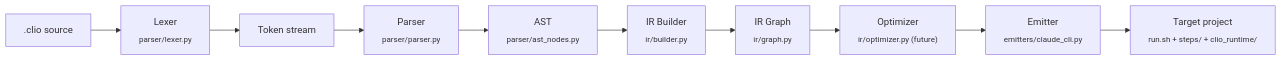
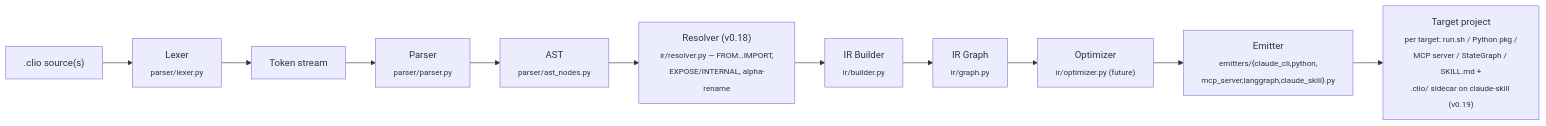
The first of 3 diagrams in docs/ARCHITECTURE.md (Sandjab/clio), drawn with Mermaid before and after one commit. The commit also changed other lines of this file and 9 other files, not shown here.

First line of the commit message:
docs: align all docs with v0.19.0 (5 emitters, clio import, .clio sidecar) (#69)

````diff
--- a/docs/ARCHITECTURE.md
+++ b/docs/ARCHITECTURE.md
@@ -5,12 +5,13 @@
 ```mermaid
 flowchart LR
-    src[".clio source"] --> lex["Lexer<br/><sub>parser/lexer.py</sub>"]
+    src[".clio source(s)"] --> lex["Lexer<br/><sub>parser/lexer.py</sub>"]
     lex --> tok["Token stream"]
     tok --> psr["Parser<br/><sub>parser/parser.py</sub>"]
     psr --> ast["AST<br/><sub>parser/ast_nodes.py</sub>"]
-    ast --> bld["IR Builder<br/><sub>ir/builder.py</sub>"]
+    ast --> rsv["Resolver (v0.18)<br/><sub>ir/resolver.py — FROM…IMPORT,<br/>EXPOSE/INTERNAL, alpha-rename</sub>"]
+    rsv --> bld["IR Builder<br/><sub>ir/builder.py</sub>"]
     bld --> ir["IR Graph<br/><sub>ir/graph.py</sub>"]
     ir --> opt["Optimizer<br/><sub>ir/optimizer.py (future)</sub>"]
-    opt --> emt["Emitter<br/><sub>emitters/claude_cli.py</sub>"]
-    emt --> out["Target project<br/><sub>run.sh + steps/ + clio_runtime/</sub>"]
+    opt --> emt["Emitter<br/><sub>emitters/{claude_cli,python,<br/>mcp_server,langgraph,claude_skill}.py</sub>"]
+    emt --> out["Target project<br/><sub>per target: run.sh / Python pkg /<br/>MCP server / StateGraph / SKILL.md +<br/>.clio/ sidecar on claude-skill (v0.19)</sub>"]
 ```
````
